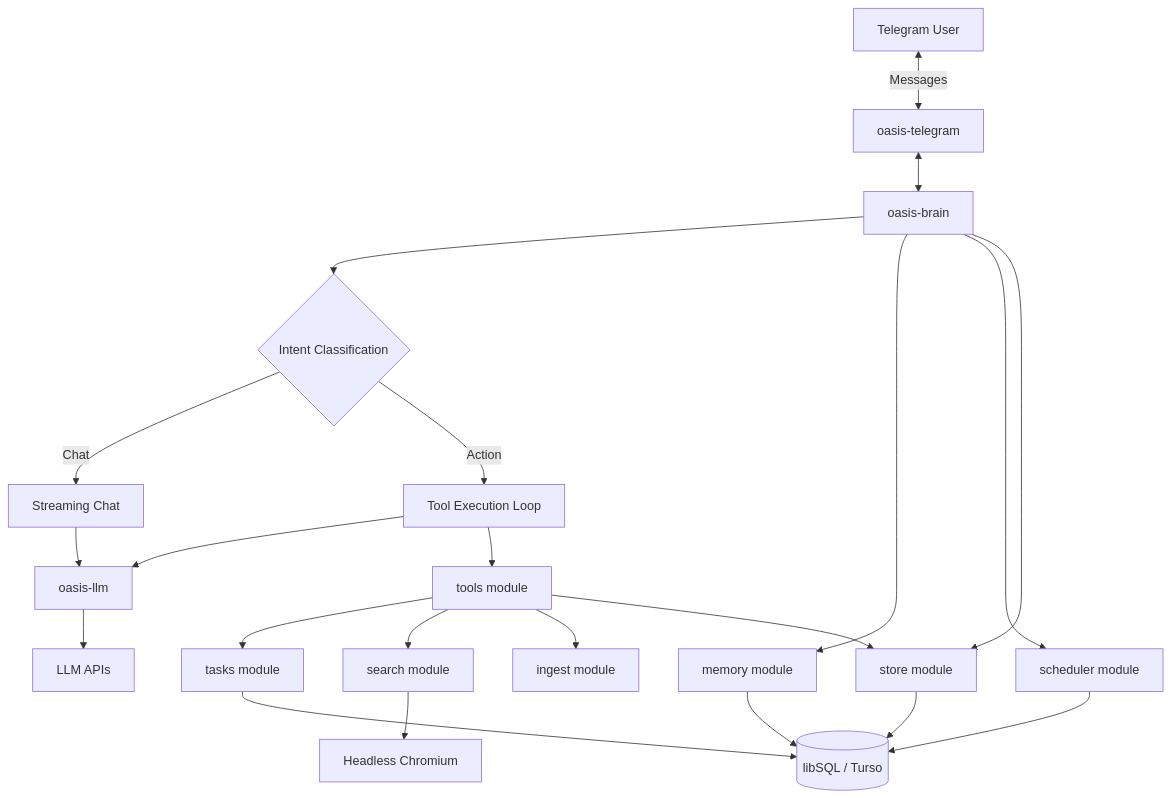
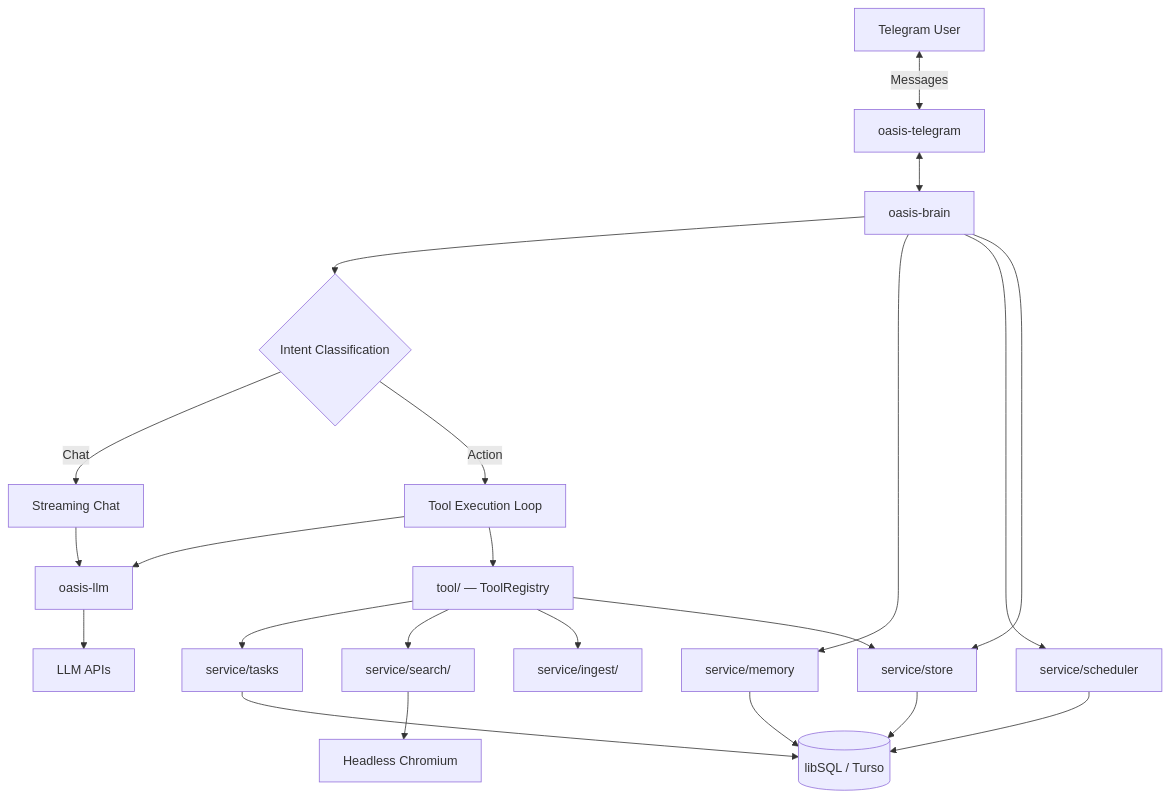
One commit to nevindra/oasis changed the first of 3 diagrams in docs/ARCHITECTURE.md. Above: the diagram before and after it, drawn with Mermaid. The commit also changed other lines of this file and 36 other files, not shown here.

First line of the commit message:
refactor: restructure oasis-brain into 3-layer architecture

````diff
--- a/docs/ARCHITECTURE.md
+++ b/docs/ARCHITECTURE.md
@@ -7,30 +7,30 @@
 ```mermaid
 graph TB
     User[Telegram User] <-->|Messages| TG[oasis-telegram]
     TG <--> Brain[oasis-brain]
 
     Brain --> Intent{Intent Classification}
     Intent -->|Chat| Stream[Streaming Chat]
     Intent -->|Action| ToolLoop[Tool Execution Loop]
 
     Stream --> LLM[oasis-llm]
     ToolLoop --> LLM
-    ToolLoop --> Tools[tools module]
+    ToolLoop --> Tools[tool/ — ToolRegistry]
 
-    Tools --> Tasks[tasks module]
-    Tools --> Search[search module]
-    Tools --> Ingest[ingest module]
-    Tools --> Store[store module]
+    Tools --> Tasks[service/tasks]
+    Tools --> Search[service/search/]
+    Tools --> Ingest[service/ingest/]
+    Tools --> Store[service/store]
 
-    Brain --> Memory[memory module]
-    Brain --> Scheduler[scheduler module]
+    Brain --> Memory[service/memory]
+    Brain --> Scheduler[service/scheduler]
     Brain --> Store
 
     Store --> DB[(libSQL / Turso)]
     Tasks --> DB
     Memory --> DB
     Scheduler --> DB
 
     Search --> Chrome[Headless Chromium]
     LLM --> APIs[LLM APIs]
 ```
````
